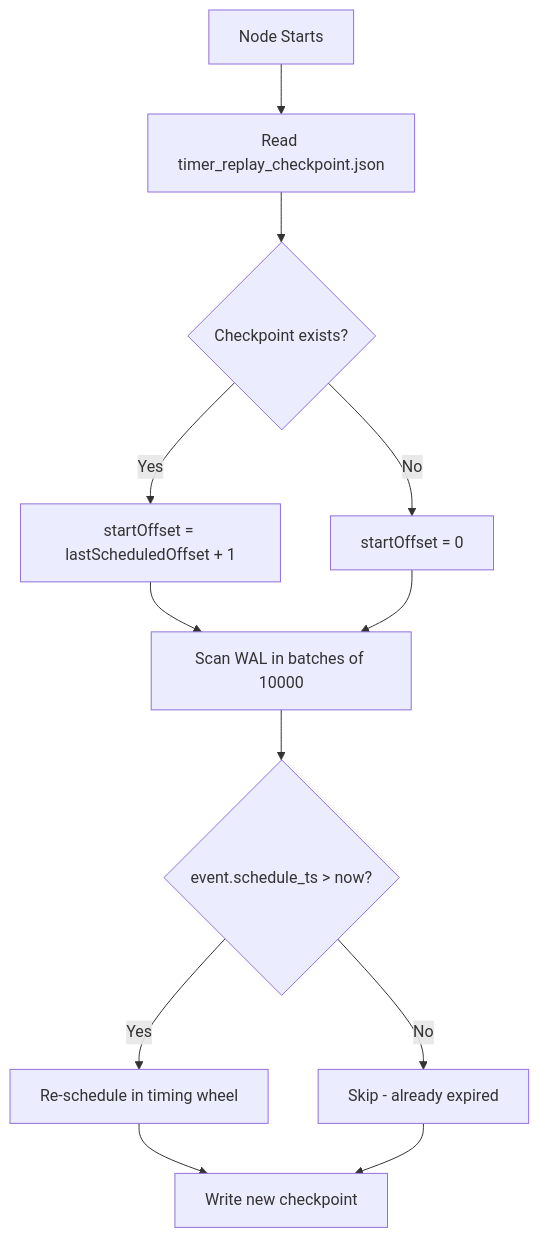
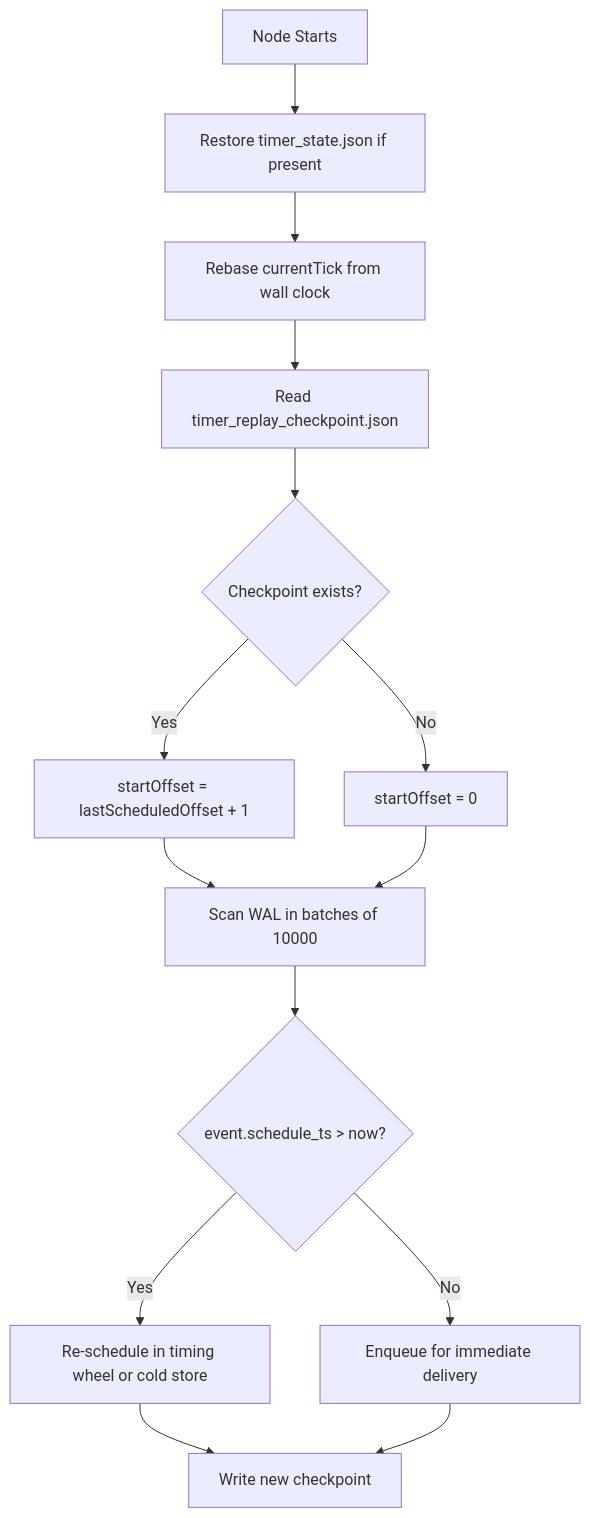
Diagram 15 of 47 in ARCHITECTURE.md (jatin711-debug/cronos_db_golang), drawn with Mermaid before and after one commit. The commit also changed other lines of this file and 24 other files, not shown here.

First line of the commit message:
docs: align architecture docs and mermaid with current runtime

````diff
--- a/ARCHITECTURE.md
+++ b/ARCHITECTURE.md
@@ -528,14 +538,16 @@
 ```mermaid
 flowchart TD
-    A[Node Starts] --> B[Read timer_replay_checkpoint.json]
-    B --> C{Checkpoint exists?}
-    C -->|Yes| D[startOffset = lastScheduledOffset + 1]
-    C -->|No| D2[startOffset = 0]
-    D --> E[Scan WAL in batches of 10000]
-    D2 --> E
-    E --> F{event.schedule_ts > now?}
-    F -->|Yes| G[Re-schedule in timing wheel]
-    F -->|No| H[Skip - already expired]
-    G --> I[Write new checkpoint]
-    H --> I
+    A[Node Starts] --> B[Restore timer_state.json if present]
+    B --> C[Rebase currentTick from wall clock]
+    C --> D[Read timer_replay_checkpoint.json]
+    D --> E{Checkpoint exists?}
+    E -->|Yes| F[startOffset = lastScheduledOffset + 1]
+    E -->|No| F2[startOffset = 0]
+    F --> G[Scan WAL in batches of 10000]
+    F2 --> G
+    G --> H{event.schedule_ts > now?}
+    H -->|Yes| I[Re-schedule in timing wheel or cold store]
+    H -->|No| J[Enqueue for immediate delivery]
+    I --> K[Write new checkpoint]
+    J --> K
 ```
````
